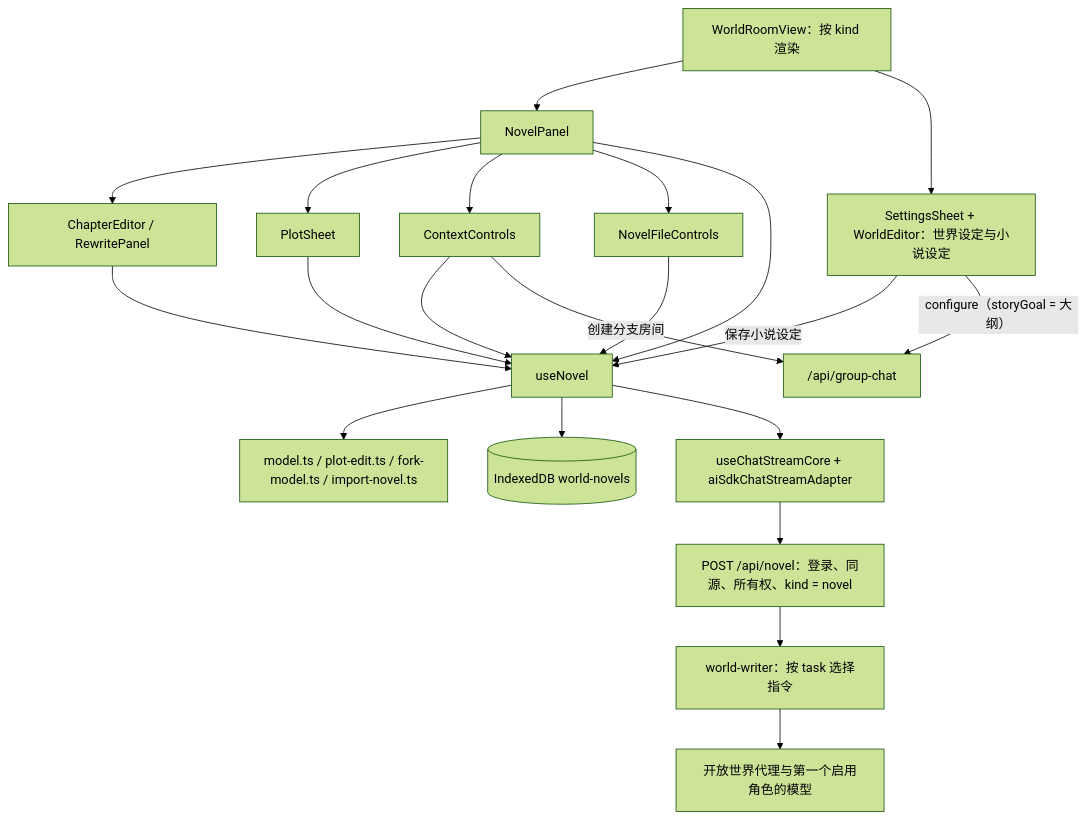
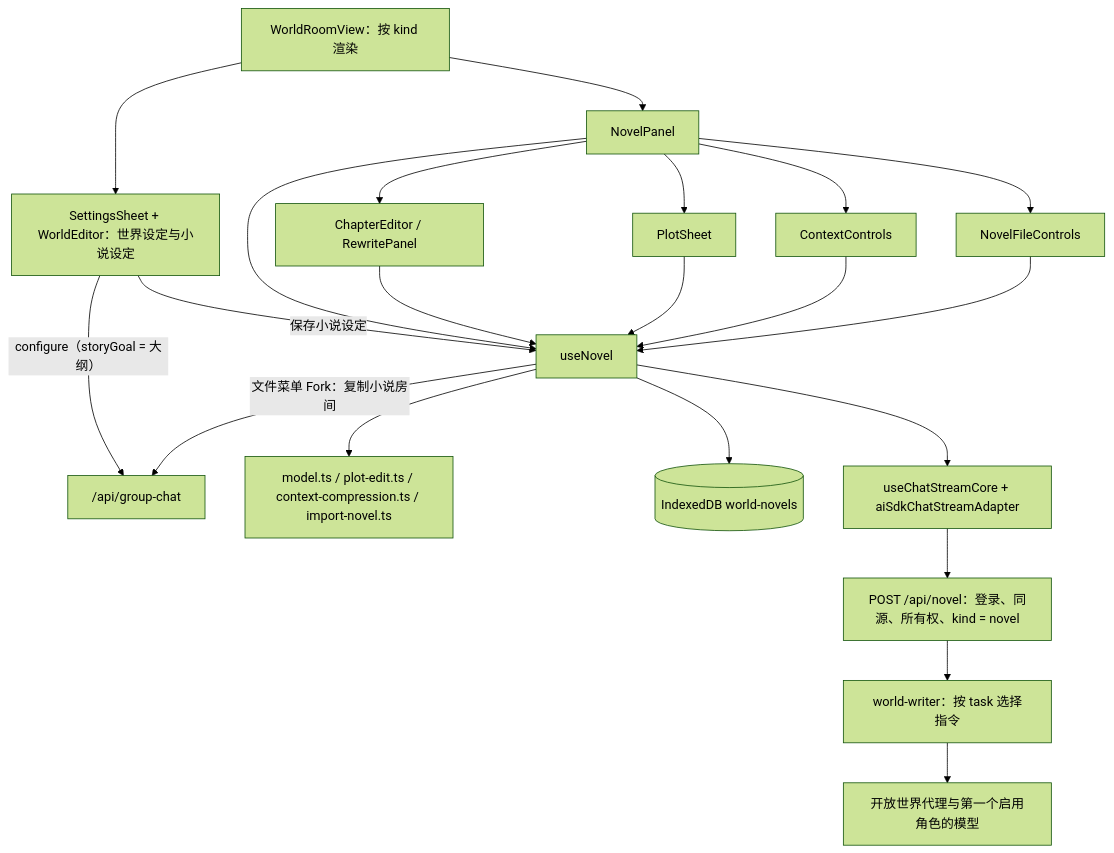
One commit to marvin-season/landing-page changed the fourth of 5 diagrams in docs/open-world/flowcharts.md. Above: the diagram before and after it, drawn with Mermaid (forest theme). The commit also changed other lines of this file and 21 other files, not shown here.

````diff
--- a/docs/open-world/flowcharts.md
+++ b/docs/open-world/flowcharts.md
@@ -112,23 +112,23 @@
 ```mermaid
 flowchart TD
   Room[WorldRoomView：按 kind 渲染] --> Panel[NovelPanel]
   Room --> Settings[SettingsSheet + WorldEditor：世界设定与小说设定]
   Settings -->|保存小说设定| Hook
   Settings -->|"configure（storyGoal = 大纲）"| GroupAPI["/api/group-chat"]
   Panel --> Editor[ChapterEditor / RewritePanel]
   Panel --> Plot[PlotSheet]
-  Panel --> Fork[ContextControls]
+  Panel --> Context[ContextControls]
   Panel --> Files[NovelFileControls]
   Panel --> Hook[useNovel]
   Editor --> Hook
   Plot --> Hook
-  Fork --> Hook
+  Context --> Hook
   Files --> Hook
-  Hook --> Model[model.ts / plot-edit.ts / fork-model.ts / import-novel.ts]
+  Hook --> Model[model.ts / plot-edit.ts / context-compression.ts / import-novel.ts]
   Hook --> DB[(IndexedDB world-novels)]
   Hook --> Core[useChatStreamCore + aiSdkChatStreamAdapter]
-  Fork -->|创建分支房间| GroupAPI
+  Hook -->|文件菜单 Fork：复制小说房间| GroupAPI
   Core --> API["POST /api/novel：登录、同源、所有权、kind = novel"]
   API --> Writer[world-writer：按 task 选择指令]
   Writer --> LLM[开放世界代理与第一个启用角色的模型]
 ```
````
